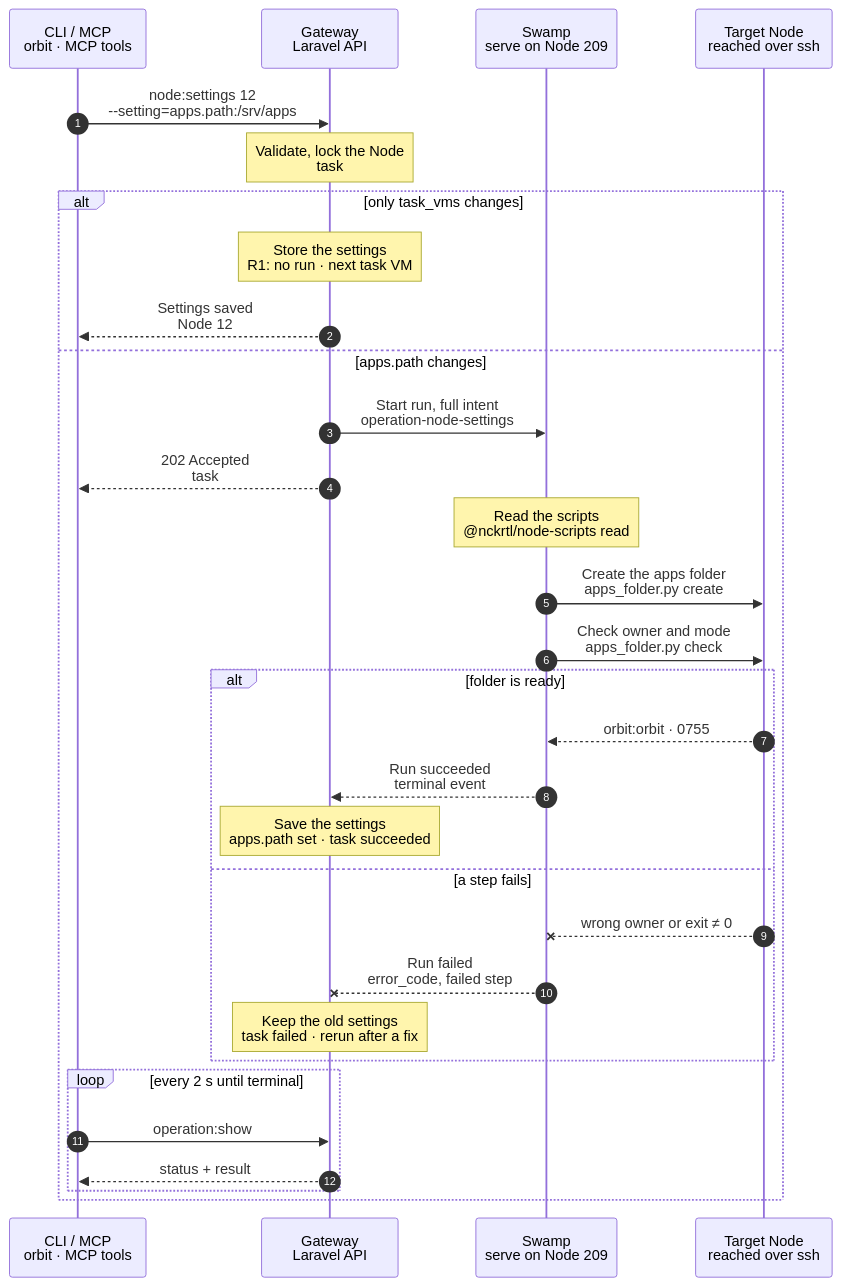
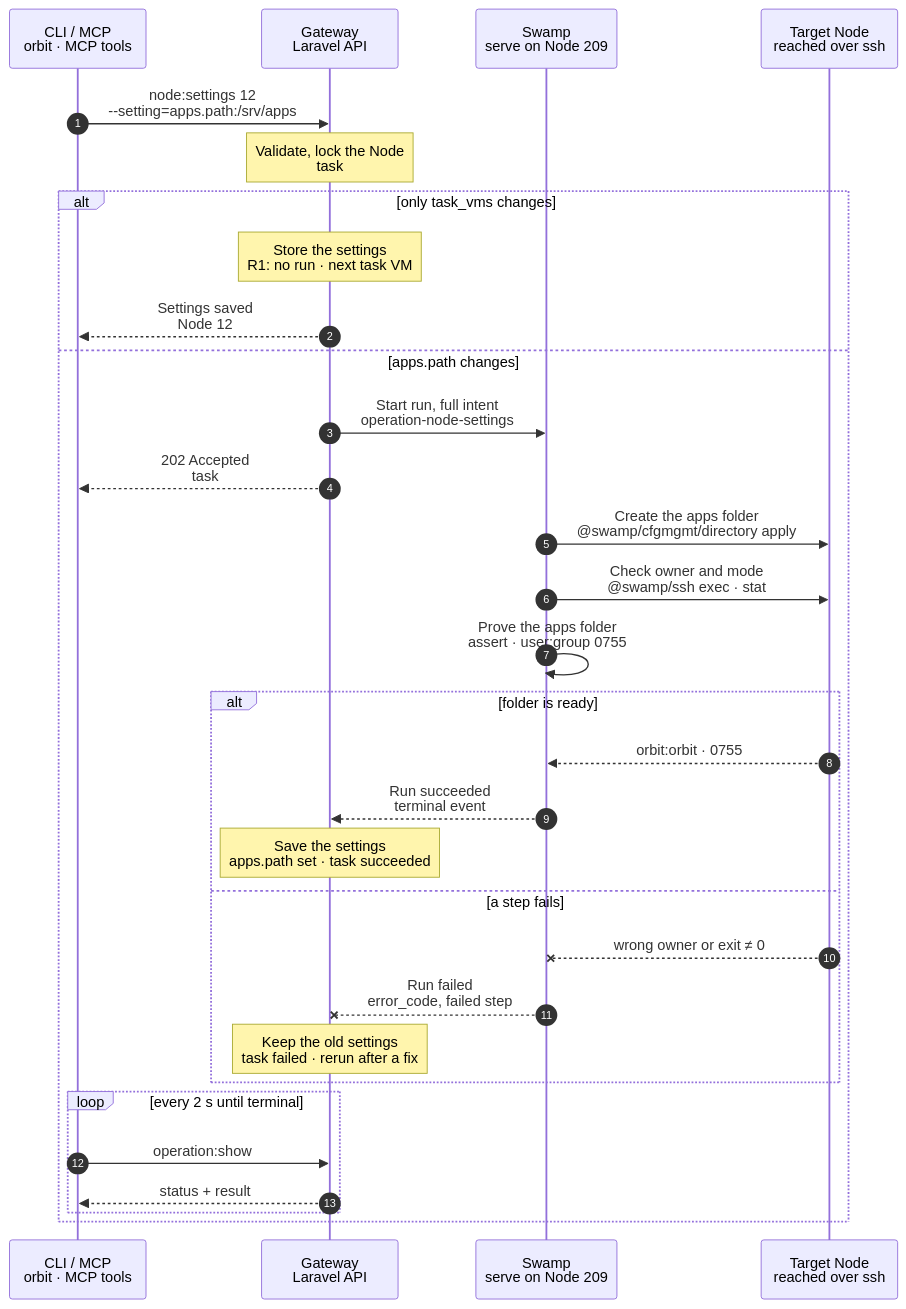
The diagram in docs/flows/node.settings.mmd (hardimpactdev/orbit), drawn with Mermaid before and after one commit. The commit also changed 17 other files, not shown here.

First line of the commit message:
refactor(nodes): node.settings creates the apps folder with cfgmgmt directory, no shipped script (rule 22)

```diff
--- a/docs/flows/node.settings.mmd
+++ b/docs/flows/node.settings.mmd
@@ -1,130 +1,123 @@
 sequenceDiagram
   %% Target design: ADR 0244 task, DECISIONS R1 (task_vms is record-only), R2, R4 (apps.path is Node work). docs/reference/node-settings.md.
   %% status: draft
   %% command: node:settings
   autonumber
   %% lane CLI icon=terminal pill=caller tone=gray
   %% lane GW icon=gateway pill=intent tone=blue
   %% lane SW icon=workflow pill=executes tone=green
   %% lane N icon=server pill=target tone=amber
   participant CLI as CLI / MCP<br/>orbit · MCP tools
   participant GW as Gateway<br/>Laravel API
   participant SW as Swamp<br/>serve on Node 209
   participant N as Target Node<br/>reached over ssh
   CLI->>GW: node:settings 12<br/>--setting=apps.path:/srv/apps
   %%> Command:
   %%> - `orbit node:settings 12 --setting=apps.path:/srv/apps`
   %%> - syntax: `<node> --setting=KEY:VALUE [--setting=…] [--idempotency-key=KEY] [--json]`
   %%> Input:
   %%> - the Node, by id or exact name
   %%> - one or more settings: `apps.path`, or `task_vms` as a JSON object
   %%> - an empty value unsets it: `--setting=apps.path:` sends a null path, `--setting=task_vms:null` removes the task VM host settings
   %%> Who can call it:
   %%> - the `orbit` CLI and the MCP tool send the same request
   Note over GW: Validate, lock the Node<br/>task #5131 · Node 12
   %%> Requirements:
   %%> - your Node has an access grant to Node 12
   %%> - Node 12 is an active, managed Linux Node
   %%> - no other settings change runs for Node 12; the Gateway holds one lock per Node
   %%> Checks for `apps.path`:
   %%> - absolute and normalized: not `/`, no trailing or repeated `/`, no `.` or `..` part
-  %%> - the managed home checks run on Node 12 in the create step, where the home is known
+  %%> - not the managed user's home (`/home/<user>`, as Orbit creates it) or an ancestor of it, and not inside a hidden folder of that home
   %%> - not overlapping `/boot`, `/dev`, `/etc`, `/proc`, `/run`, `/sys`, `/usr`, `/opt/orbit`, `/var/lib/orbit`, `/var/www`, or the Gateway checkout and release layout
   %%> - not equal to, or inside, an existing Instance checkout on Node 12
   %%> Checks for `task_vms`:
   %%> - typed fields only, such as `cidr`, `max_vms`, `pool`, `image_alias`
   %%> - the bridge `cidr` overlaps no other task VM host
   %%> Decides:
   %%> - whether the change touches Node 12, or only the record
   alt only task_vms changes
     Note over GW: Store the settings<br/>R1: no run · next task VM
     %%> When:
     %%> - the request changes only `task_vms`
     %%> - or it unsets `apps.path` on a Node without an active `app-dev` role, so no folder is needed
     %%> Why no run:
     %%> - nothing on Node 12 changes now; the values apply when the next task VM is created on Node 12
     %%> - task VMs that already run keep their settings
     %%> Result:
     %%> - Node 12's task VM host settings are saved
     %%> - task #5131 succeeds at once; no Swamp run starts (R1)
     GW-->>CLI: Settings saved<br/>Node 12
     %%> What you get:
     %%> - the Node with its new settings, at once; there is nothing to follow
   else apps.path changes
     GW->>SW: Start run, full intent<br/>operation-node-settings
     %%> When:
     %%> - the request changes `apps.path`, alone or together with `task_vms`
     %%> - unsetting it on a Node with an active `app-dev` role prepares the default folder, `<managed-user-home>/apps`
     %%> What it does:
     %%> - starts one Swamp run on serve (Node 209)
     %%> Inputs:
     %%> - the new apps folder, and the managed user and group that must own it
     %%> - Node 12's address and SSH host keys; the SSH identity comes from the `swamp` role
     %%> Not stored yet:
     %%> - the settings stay unchanged until the run succeeds (R2)
     GW-->>CLI: 202 Accepted<br/>task #5131
     %%> What you get:
     %%> - the task number, at once
     %%> Next:
     %%> - the CLI follows the task with `operation:show`
-    Note over SW: Read the scripts<br/>@nckrtl/node-scripts read
+    SW->>N: Create the apps folder<br/>@swamp/cfgmgmt/directory apply
     %%> What it does:
-    %%> - reads the shipped `apps_folder.py` script and the public intent on 209
-    %%> Why:
-    %%> - one tracked, linted script does both Node steps; the next steps pass it to Node 12
-    SW->>N: Create the apps folder<br/>apps_folder.py create
-    %%> What it does:
-    %%> - with no apps path, uses the managed user's home plus `/apps`
-    %%> - refuses the managed home, an ancestor of it, a hidden folder inside it, or a symlink on the way; then nothing is written
-    %%> - creates each missing folder of `/srv/apps`, owned by the managed user and group, mode `0755`
-    %%> - leaves an existing folder as it is; it never changes the owner or mode of an existing folder
+    %%> - creates `/srv/apps` and any missing folders above it
+    %%> - gives `/srv/apps` the managed user and group and mode `0755`
     %%> How:
-    %%> - Swamp reaches Node 12 over SSH from 209 with the official `@swamp/ssh` behavior and sudo
-    %%> - a shipped script, not `@swamp/cfgmgmt/directory`: that behavior would change an existing folder's owner and mode
+    %%> - Swamp reaches Node 12 over SSH from 209 with the official `@swamp/cfgmgmt/directory` behavior and sudo
     %%> Not included:
     %%> - existing Instances don't move; their checkouts stay where they are
     %%> - new development Instances use `/srv/apps/<project>/<instance>`
-    SW->>N: Check owner and mode<br/>apps_folder.py check
+    SW->>N: Check owner and mode<br/>@swamp/ssh exec · stat
     %%> What it does:
-    %%> - reads the folder back: a real folder, not a symlink
-    %%> - owned by the managed user and group, with read, write and execute for the owner
-    %%> - no write access for group or others
+    %%> - reads the folder's type, owner, group and mode in one `stat`
+    SW->>SW: Prove the apps folder<br/>assert · user:group 0755
+    %%> What it does:
+    %%> - Swamp's native `assert` compares the `stat` result with the intent
     %%> Why:
-    %%> - an existing folder with the wrong owner is refused, not repaired
+    %%> - a part only counts as applied when the Node shows it
     alt folder is ready
       N-->>SW: orbit:orbit · 0755
       %%> Returns:
       %%> - the check passed
       SW-->>GW: Run succeeded<br/>terminal event
       %%> How the Gateway learns it:
       %%> - its shared run reader sees the terminal event; Swamp never calls the Gateway
       Note over GW: Save the settings<br/>apps.path set · task succeeded
       %%> Result:
       %%> - Node 12's `apps.path` is `/srv/apps`; any `task_vms` change in the same request is saved with it
       %%> - task #5131 succeeds
     else a step fails
       N--xSW: wrong owner or exit ≠ 0
       %%> When:
-      %%> - the folder can't be created, is a symlink, has another owner, or is writable by others
+      %%> - the folder can't be created, a file is in the way, or the check doesn't match
       SW--xGW: Run failed<br/>error_code, failed step
       %%> The Gateway reads:
       %%> - which step failed and its error code
       Note over GW: Keep the old settings<br/>task failed · rerun after a fix
       %%> Result:
       %%> - Node 12's settings stay unchanged
       %%> - task #5131 fails
       %%> On the Node:
       %%> - folders created before the failure stay; there is no rollback
       %%> - that is safe: an empty folder is harmless, and a rerun leaves it as it is
       %%> Retry:
       %%> - run the same command again after fixing the cause; it is a new task
     end
     loop every 2 s until terminal
       CLI->>GW: operation:show #5131
       %%> What it does:
       %%> - asks for the task's status every 2 seconds until it has ended
       GW-->>CLI: status + result
       %%> Returns:
       %%> - the current status, and the result once the task has ended
     end
   end
```
